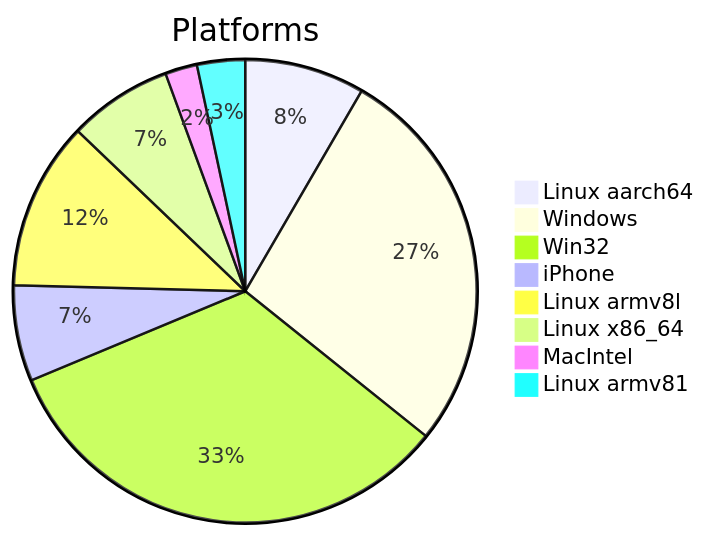
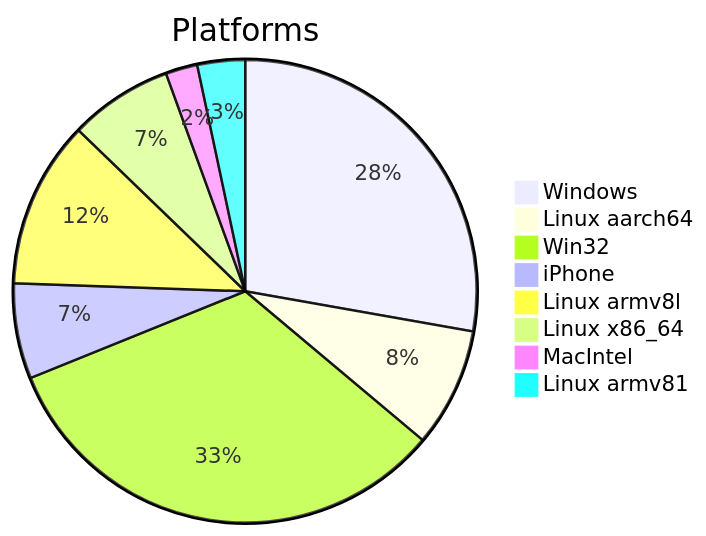
One commit to Krugou/socials changed the first of 2 diagrams in DATA_REPORT.md. Above: the diagram before and after it, drawn with Mermaid. The commit also changed other lines of this file and 2 other files, not shown here.

````diff
--- a/DATA_REPORT.md
+++ b/DATA_REPORT.md
@@ -9,11 +9,11 @@
 ```mermaid
 pie title Platforms
+    "Windows" : 50
     "Linux aarch64" : 15
-    "Windows" : 49
     "Win32" : 59
     "iPhone" : 12
     "Linux armv8l" : 21
     "Linux x86_64" : 13
     "MacIntel" : 4
     "Linux armv81" : 6
 ```
````
